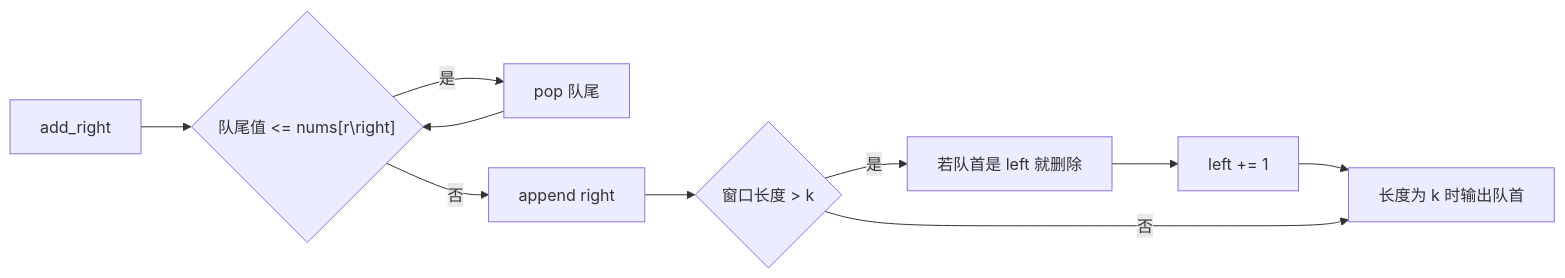
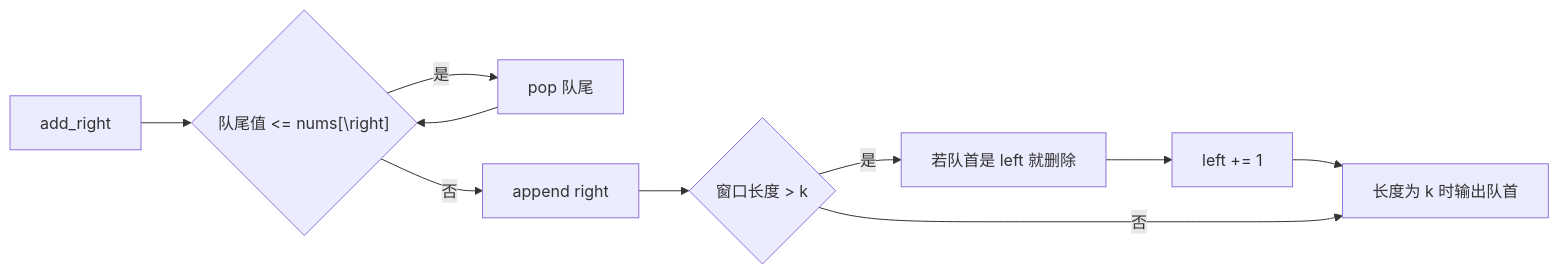
Before and after one commit to CurryTang/mlphdinterview: the third of 3 diagrams in notes/Leetcode/CoreSkills18 Sliding Window.md, drawn with Mermaid. The commit also changed other lines of this file and 113 other files, not shown here.

````diff
--- a/notes/Leetcode/CoreSkills18 Sliding Window.md
+++ b/notes/Leetcode/CoreSkills18 Sliding Window.md
@@ -482,12 +482,12 @@
 ```mermaid
 flowchart LR
-  A["add_right"] --> B{"队尾值 <= nums[r\right]"}
+  A["add_right"] --> B{"队尾值 <= nums[\right]"}
   B -->|是| C["pop 队尾"]
   C --> B
   B -->|否| D["append right"]
   D --> E{"窗口长度 > k"}
   E -->|是| F["若队首是 left 就删除"]
   F --> G["left += 1"]
   G --> H
   E -->|否| H["长度为 k 时输出队首"]
 ```
````
